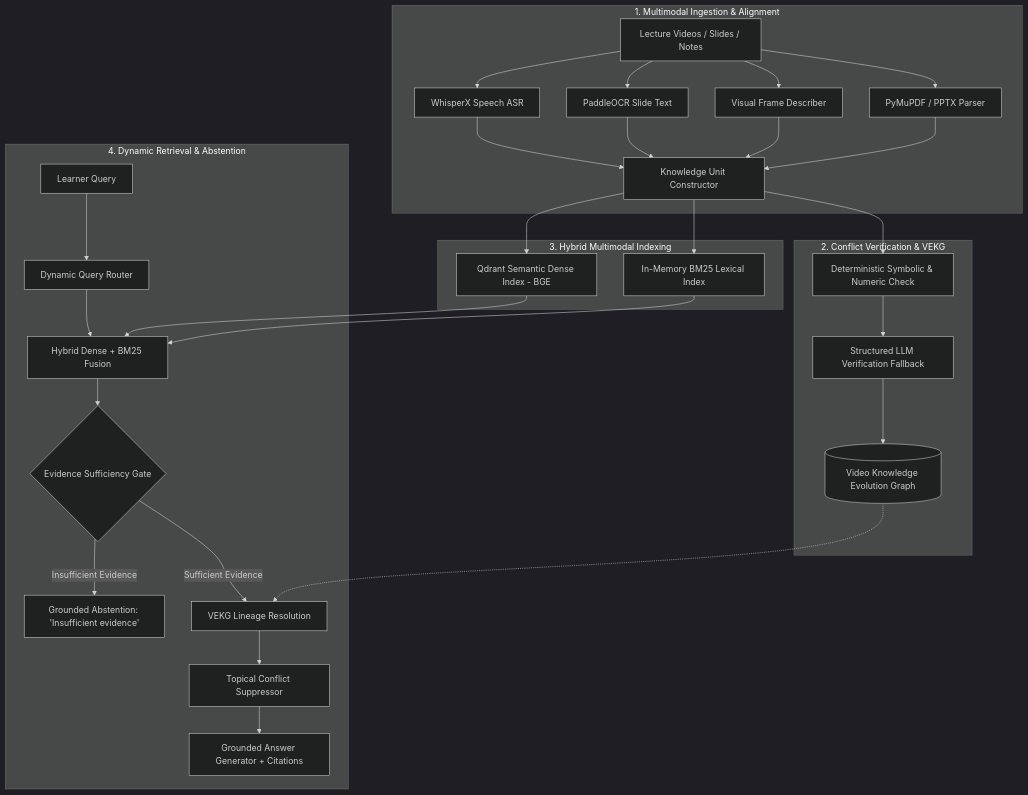
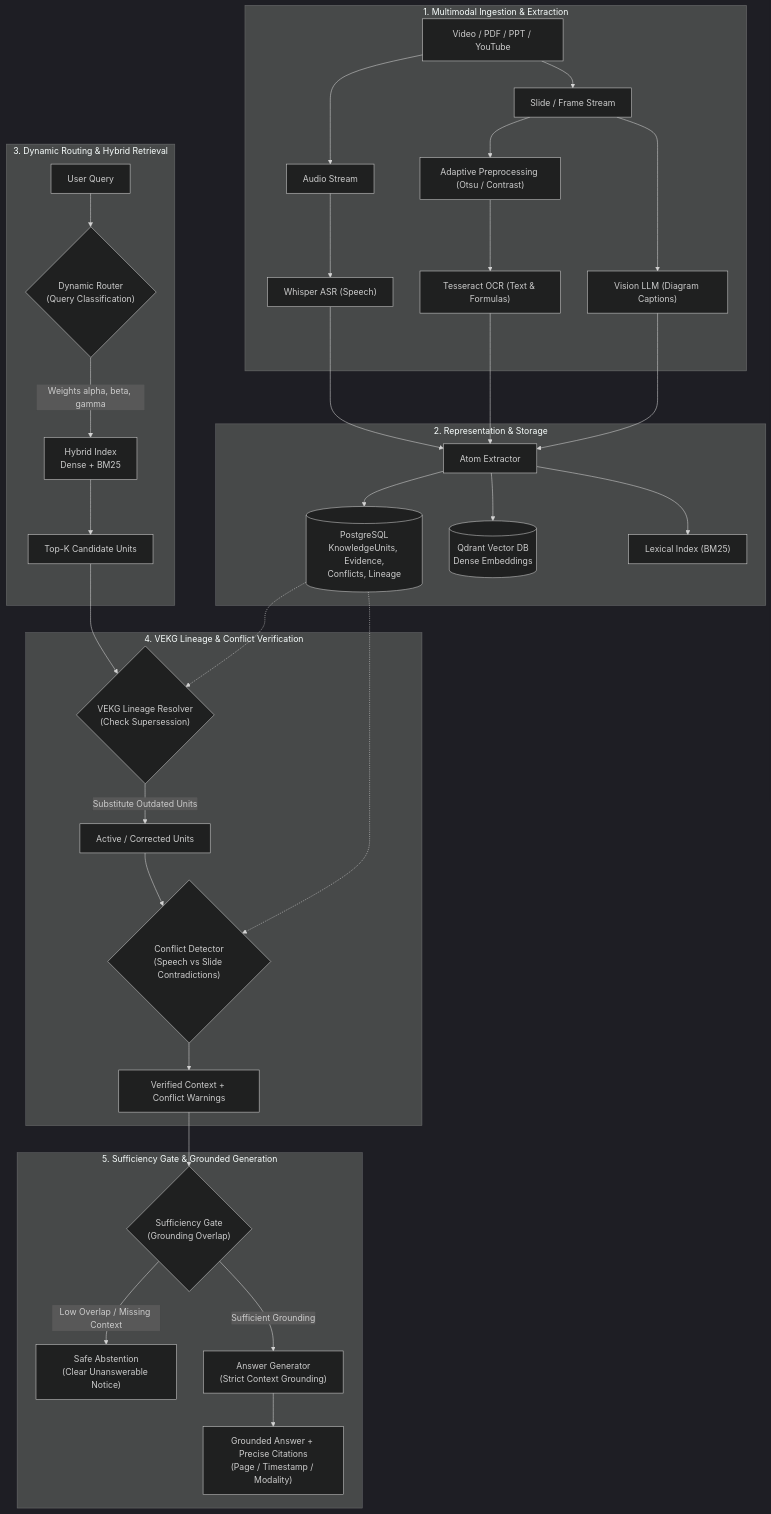
One commit to abhiveeramallu/visionRag changed the diagram in README.md. Above: the diagram before and after it, drawn with Mermaid (dark theme). The commit also changed other lines of this file and 41 other files, not shown here.

````diff
--- a/README.md
+++ b/README.md
@@ -16,33 +28,43 @@
 ```mermaid
 flowchart TD
-    subgraph Ingestion ["1. Multimodal Ingestion & Alignment"]
-        V[Lecture Videos / Slides / Notes] --> ASR[WhisperX Speech ASR]
-        V --> OCR[PaddleOCR Slide Text]
-        V --> Vision[Visual Frame Describer]
-        V --> Doc[PyMuPDF / PPTX Parser]
-        ASR & OCR & Vision & Doc --> KU[Knowledge Unit Constructor]
+    subgraph Ingestion ["1. Multimodal Ingestion & Extraction"]
+        RawVideo["Video / PDF / PPT / YouTube"]
+        RawVideo --> AudioStream["Audio Stream"]
+        RawVideo --> VisualStream["Slide / Frame Stream"]
+        AudioStream --> WhisperASR["Whisper ASR (Speech)"]
+        VisualStream --> Preprocess["Adaptive Preprocessing (Otsu / Contrast)"]
+        Preprocess --> TesseractOCR["Tesseract OCR (Text & Formulas)"]
+        VisualStream --> VisionCap["Vision LLM (Diagram Captions)"]
     end
 
-    subgraph Verification ["2. Conflict Verification & VEKG"]
-        KU --> DetCheck[Deterministic Symbolic & Numeric Check]
-        DetCheck --> LLMFallback[Structured LLM Verification Fallback]
-        LLMFallback --> VEKG[(Video Knowledge Evolution Graph)]
+    subgraph Storage ["2. Representation & Storage"]
+        WhisperASR --> Extractor["Atom Extractor"]
+        TesseractOCR --> Extractor
+        VisionCap --> Extractor
+        Extractor --> Postgres[("PostgreSQL\nKnowledgeUnits, Evidence,\nConflicts, Lineage")]
+        Extractor --> Qdrant[("Qdrant Vector DB\nDense Embeddings")]
+        Extractor --> BM25["Lexical Index (BM25)"]
     end
 
-    subgraph Indexing ["3. Hybrid Multimodal Indexing"]
-        KU --> Dense[Qdrant Semantic Dense Index - BGE]
-        KU --> Lexical[In-Memory BM25 Lexical Index]
+    subgraph Retrieval ["3. Dynamic Routing & Hybrid Retrieval"]
+        UserQuery["User Query"] --> Router{"Dynamic Router\n(Query Classification)"}
+        Router -->|Weights alpha, beta, gamma| Hybrid["Hybrid Index\nDense + BM25"]
+        Hybrid --> Candidates["Top-K Candidate Units"]
     end
 
-    subgraph Retrieval ["4. Dynamic Retrieval & Abstention"]
-        UserQuery[Learner Query] --> Router[Dynamic Query Router]
-        Router --> HybridSearch[Hybrid Dense + BM25 Fusion]
-        Dense & Lexical --> HybridSearch
-        HybridSearch --> SuffGate{Evidence Sufficiency Gate}
-        SuffGate -- Insufficient Evidence --> SafeAbstain[Grounded Abstention: 'Insufficient evidence']
-        SuffGate -- Sufficient Evidence --> LineageTraversal[VEKG Lineage Resolution]
-        VEKG -.-> LineageTraversal
-        LineageTraversal --> ConflictFilter[Topical Conflict Suppressor]
-        ConflictFilter --> AnswerGen[Grounded Answer Generator + Citations]
+    subgraph Verification ["4. VEKG Lineage & Conflict Verification"]
+        Candidates --> VEKGTraverse{"VEKG Lineage Resolver\n(Check Supersession)"}
+        Postgres -.-> VEKGTraverse
+        VEKGTraverse -->|Substitute Outdated Units| UpdatedCandidates["Active / Corrected Units"]
+        UpdatedCandidates --> ConflictEngine{"Conflict Detector\n(Speech vs Slide Contradictions)"}
+        Postgres -.-> ConflictEngine
+        ConflictEngine --> VerifiedContext["Verified Context + Conflict Warnings"]
+    end
+
+    subgraph Generation ["5. Sufficiency Gate & Grounded Generation"]
+        VerifiedContext --> SufficiencyGate{"Sufficiency Gate\n(Grounding Overlap)"}
+        SufficiencyGate -->|Low Overlap / Missing Context| Abstain["Safe Abstention\n(Clear Unanswerable Notice)"]
+        SufficiencyGate -->|Sufficient Grounding| LLM["Answer Generator\n(Strict Context Grounding)"]
+        LLM --> VerifiedAnswer["Grounded Answer + Precise Citations\n(Page / Timestamp / Modality)"]
     end
 ```
````
